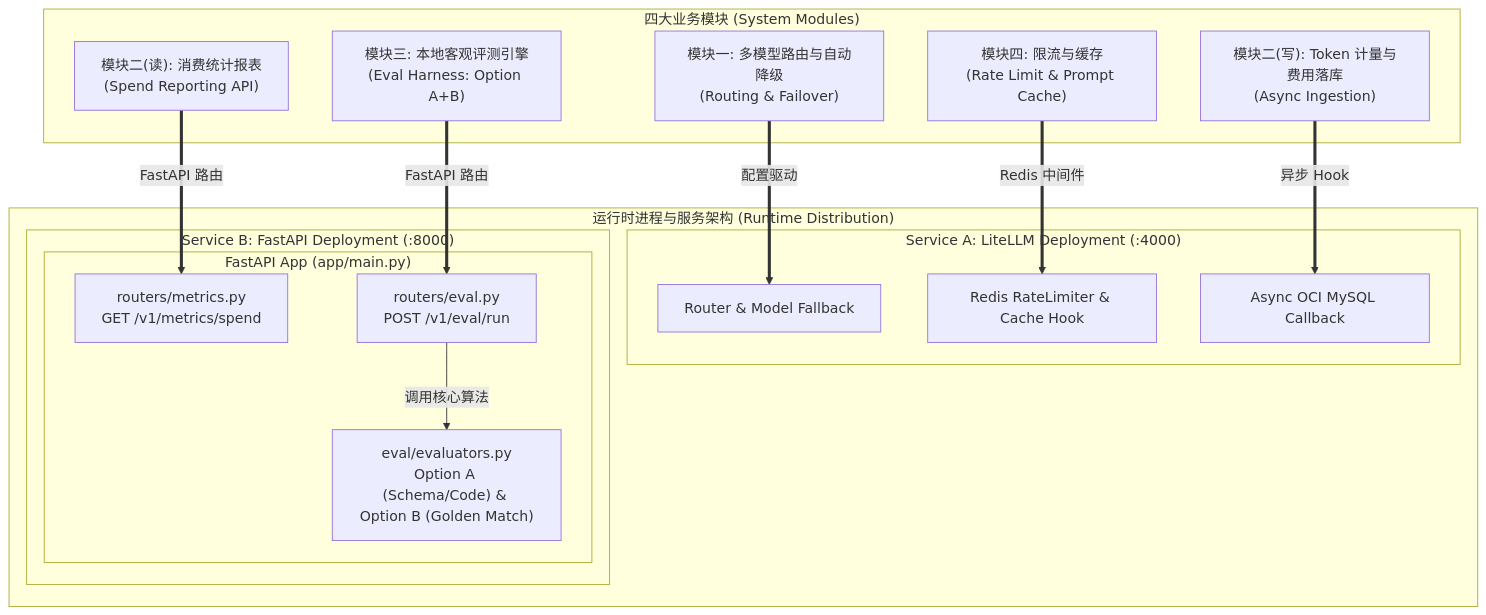
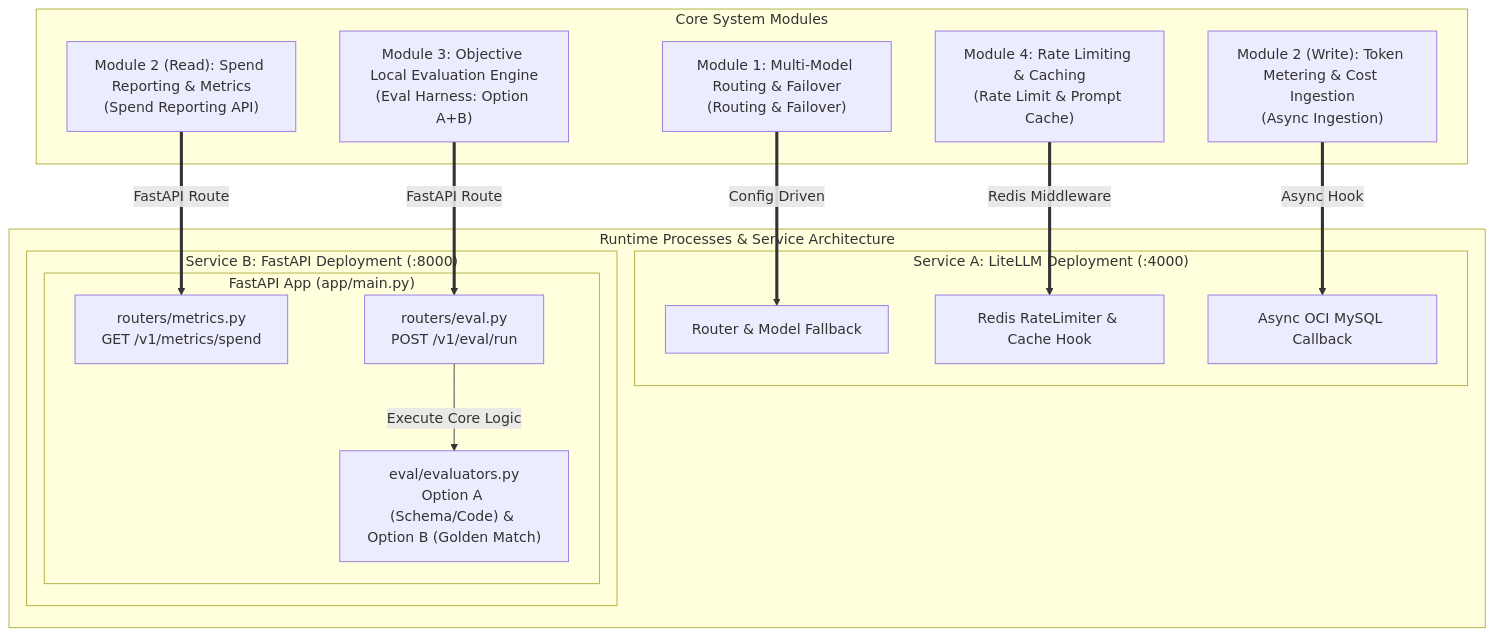
One commit to nvd11/my-litellm-service changed the second of 3 diagrams in docs/ARCHITECTURE.md. Above: the diagram before and after it, drawn with Mermaid. The commit also changed other lines of this file and 25 other files, not shown here.

````diff
--- a/docs/ARCHITECTURE.md
+++ b/docs/ARCHITECTURE.md
@@ -47,34 +47,34 @@
 ```mermaid
 graph TB
-    subgraph MODULES["四大业务模块 (System Modules)"]
-        M1["模块一: 多模型路由与自动降级<br/>(Routing & Failover)"]
-        M2_W["模块二(写): Token 计量与费用落库<br/>(Async Ingestion)"]
-        M2_R["模块二(读): 消费统计报表<br/>(Spend Reporting API)"]
-        M3["模块三: 本地客观评测引擎<br/>(Eval Harness: Option A+B)"]
-        M4["模块四: 限流与缓存<br/>(Rate Limit & Prompt Cache)"]
+    subgraph MODULES["Core System Modules"]
+        M1["Module 1: Multi-Model Routing & Failover<br/>(Routing & Failover)"]
+        M2_W["Module 2 (Write): Token Metering & Cost Ingestion<br/>(Async Ingestion)"]
+        M2_R["Module 2 (Read): Spend Reporting & Metrics<br/>(Spend Reporting API)"]
+        M3["Module 3: Objective Local Evaluation Engine<br/>(Eval Harness: Option A+B)"]
+        M4["Module 4: Rate Limiting & Caching<br/>(Rate Limit & Prompt Cache)"]
     end
 
-    subgraph PROCS["运行时进程与服务架构 (Runtime Distribution)"]
+    subgraph PROCS["Runtime Processes & Service Architecture"]
         subgraph PROC_A["Service A: LiteLLM Deployment (:4000)"]
             P_Router["Router & Model Fallback"]
             P_Rate["Redis RateLimiter & Cache Hook"]
             P_Log["Async OCI MySQL Callback"]
         end
 
         subgraph PROC_B["Service B: FastAPI Deployment (:8000)"]
             subgraph APP["FastAPI App (app/main.py)"]
                 R_Metrics["routers/metrics.py<br/>GET /v1/metrics/spend"]
                 R_Eval["routers/eval.py<br/>POST /v1/eval/run"]
                 E_Engine["eval/evaluators.py<br/>Option A (Schema/Code) & Option B (Golden Match)"]
             end
         end
     end
 
-    M1 ==>|配置驱动| P_Router
-    M4 ==>|Redis 中间件| P_Rate
-    M2_W ==>|异步 Hook| P_Log
+    M1 ==>|Config Driven| P_Router
+    M4 ==>|Redis Middleware| P_Rate
+    M2_W ==>|Async Hook| P_Log
 
-    M2_R ==>|FastAPI 路由| R_Metrics
-    M3 ==>|FastAPI 路由| R_Eval
-    R_Eval -->|调用核心算法| E_Engine
+    M2_R ==>|FastAPI Route| R_Metrics
+    M3 ==>|FastAPI Route| R_Eval
+    R_Eval -->|Execute Core Logic| E_Engine
 ```
````
